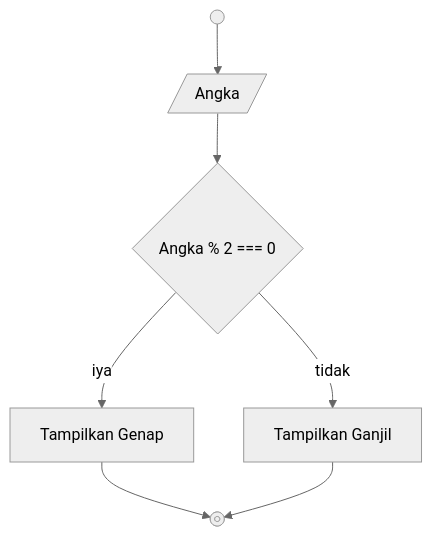
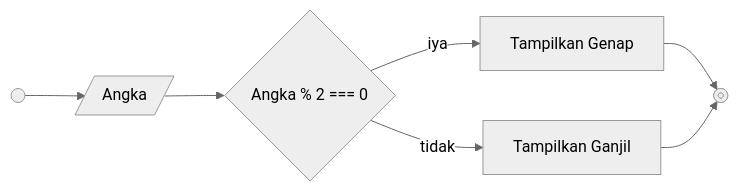
Before and after one commit to rizqyazhar/koda-b10-algoritma: the diagram in README.md, drawn with Mermaid (neutral theme).

Commit message:
change direction flowchart in sub-topic 2 on README.md

````diff
--- a/README.md
+++ b/README.md
@@ -26,14 +26,14 @@
 ```mermaid
-flowchart TD
+flowchart LR
   A@{shape: start, label: "Start"}
   B@{shape: stop, label: "End"}
   C@{shape: diam, label: "Angka % 2 === 0"}
   D@{shape: lean-r, label: "Angka"}
   E@{shape: rect, label: "Tampilkan Genap"}
   F@{shape: rect, label: "Tampilkan Ganjil"}
 
   A --> D --> C --iya--> E 
   C --tidak--> F
   E & F --> B
 
 ```
````
